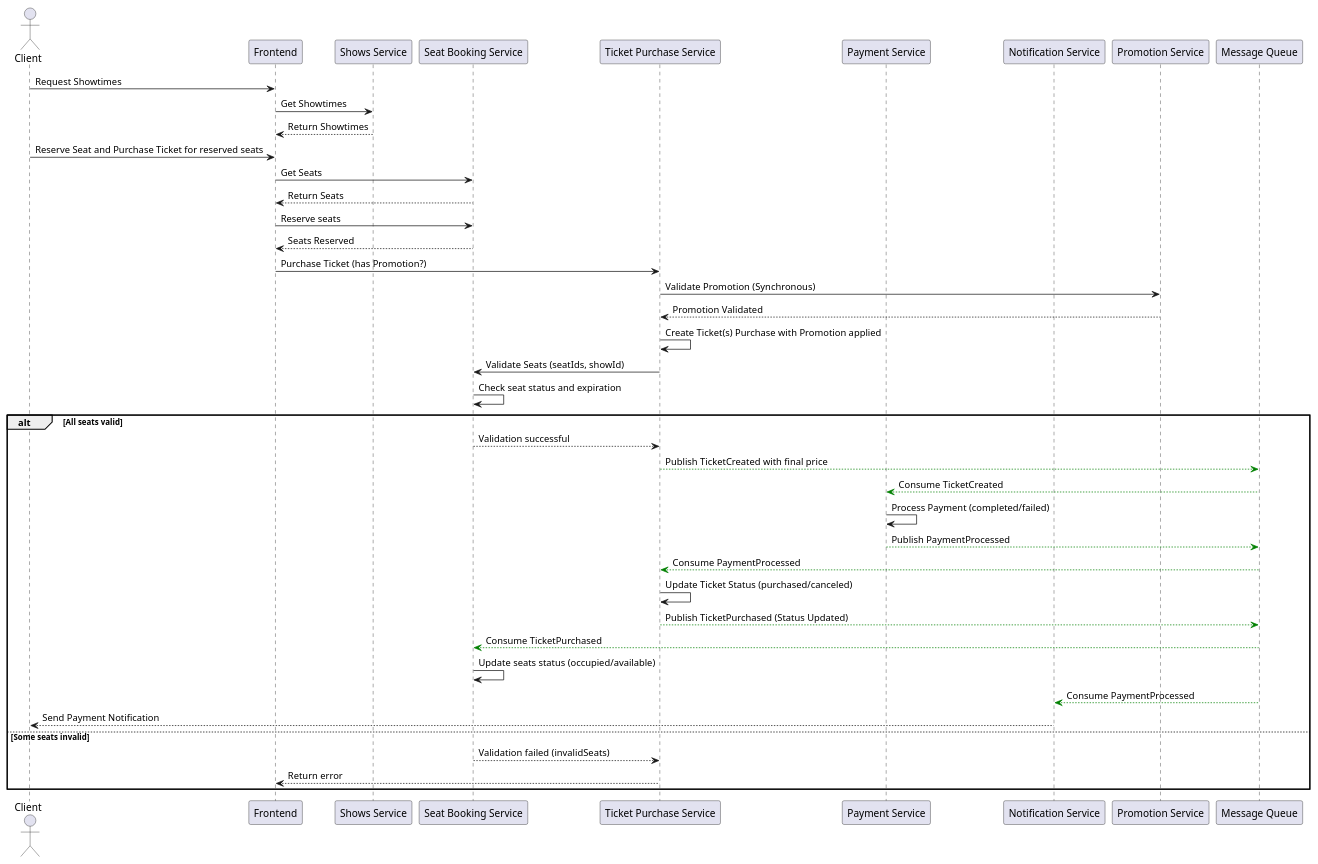
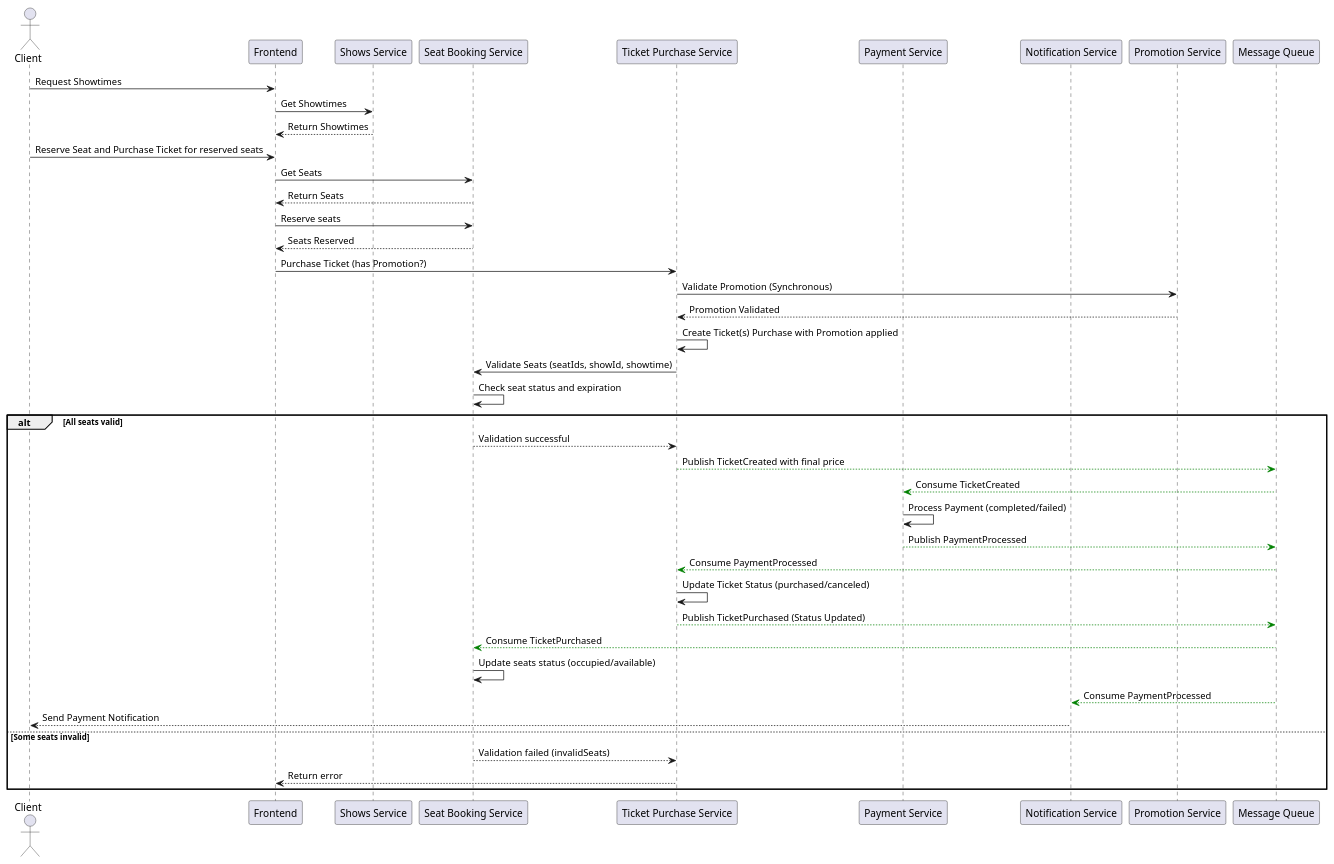
One commit to dcer1989/GestionTicketsMS changed the diagram in gestionTicketsMS_contratos/plantUML_secuenceDiagExample.puml. Above: the diagram before and after it, drawn with PlantUML. The commit also changed 27 other files, not shown here.

```diff
--- a/gestionTicketsMS_contratos/plantUML_secuenceDiagExample.puml
+++ b/gestionTicketsMS_contratos/plantUML_secuenceDiagExample.puml
@@ -1,59 +1,59 @@
 @startuml SequenceDiagram
 
 actor Client
 participant "Frontend" as FE
 participant "Shows Service" as ShowsService
 participant "Seat Booking Service" as SeatBookingService
 participant "Ticket Purchase Service" as TicketPurchaseService
 participant "Payment Service" as PaymentService
 participant "Notification Service" as NotificationService
 participant "Promotion Service" as PromotionService
 participant "Message Queue" as MQ
 
 ' Flujo: Cliente visualiza horarios de programas
 Client -> FE: Request Showtimes
 FE -> ShowsService: Get Showtimes
 ShowsService --> FE: Return Showtimes
 
 ' Flujo: Cliente selecciona asiento
 Client -> FE: Reserve Seat and Purchase Ticket for reserved seats
 FE -> SeatBookingService: Get Seats
 SeatBookingService --> FE: Return Seats
 
 ' Flujo: Cliente selecciona compra ticket
 FE -> SeatBookingService: Reserve seats
 SeatBookingService --> FE : Seats Reserved
 FE -> TicketPurchaseService: Purchase Ticket (has Promotion?)
 TicketPurchaseService -> PromotionService: Validate Promotion (Synchronous)
 PromotionService --> TicketPurchaseService: Promotion Validated
 TicketPurchaseService -> TicketPurchaseService: Create Ticket(s) Purchase with Promotion applied
-TicketPurchaseService -> SeatBookingService: Validate Seats (seatIds, showId) 
+TicketPurchaseService -> SeatBookingService: Validate Seats (seatIds, showId, showtime) 
 SeatBookingService -> SeatBookingService: Check seat status and expiration
 
 alt All seats valid
     SeatBookingService --> TicketPurchaseService: Validation successful
     TicketPurchaseService -[#green]-> MQ: Publish TicketCreated with final price
 
     ' Procesamiento del pago
     MQ -[#green]-> PaymentService: Consume TicketCreated
     PaymentService -> PaymentService: Process Payment (completed/failed)
     PaymentService -[#green]-> MQ: Publish PaymentProcessed
 
     ' Actualización del estado del ticket
     MQ -[#green]-> TicketPurchaseService: Consume PaymentProcessed
     TicketPurchaseService -> TicketPurchaseService: Update Ticket Status (purchased/canceled)
     TicketPurchaseService -[#green]-> MQ: Publish TicketPurchased (Status Updated)
 
     ' Flujo: Actualización de asientos
     MQ -[#green]-> SeatBookingService: Consume TicketPurchased
     SeatBookingService -> SeatBookingService: Update seats status (occupied/available)
 
     ' Notificación al cliente
     MQ -[#green]-> NotificationService: Consume PaymentProcessed
     NotificationService --> Client: Send Payment Notification
 else Some seats invalid
     SeatBookingService --> TicketPurchaseService: Validation failed (invalidSeats)
     TicketPurchaseService --> FE: Return error
 end
 
 @enduml
```
